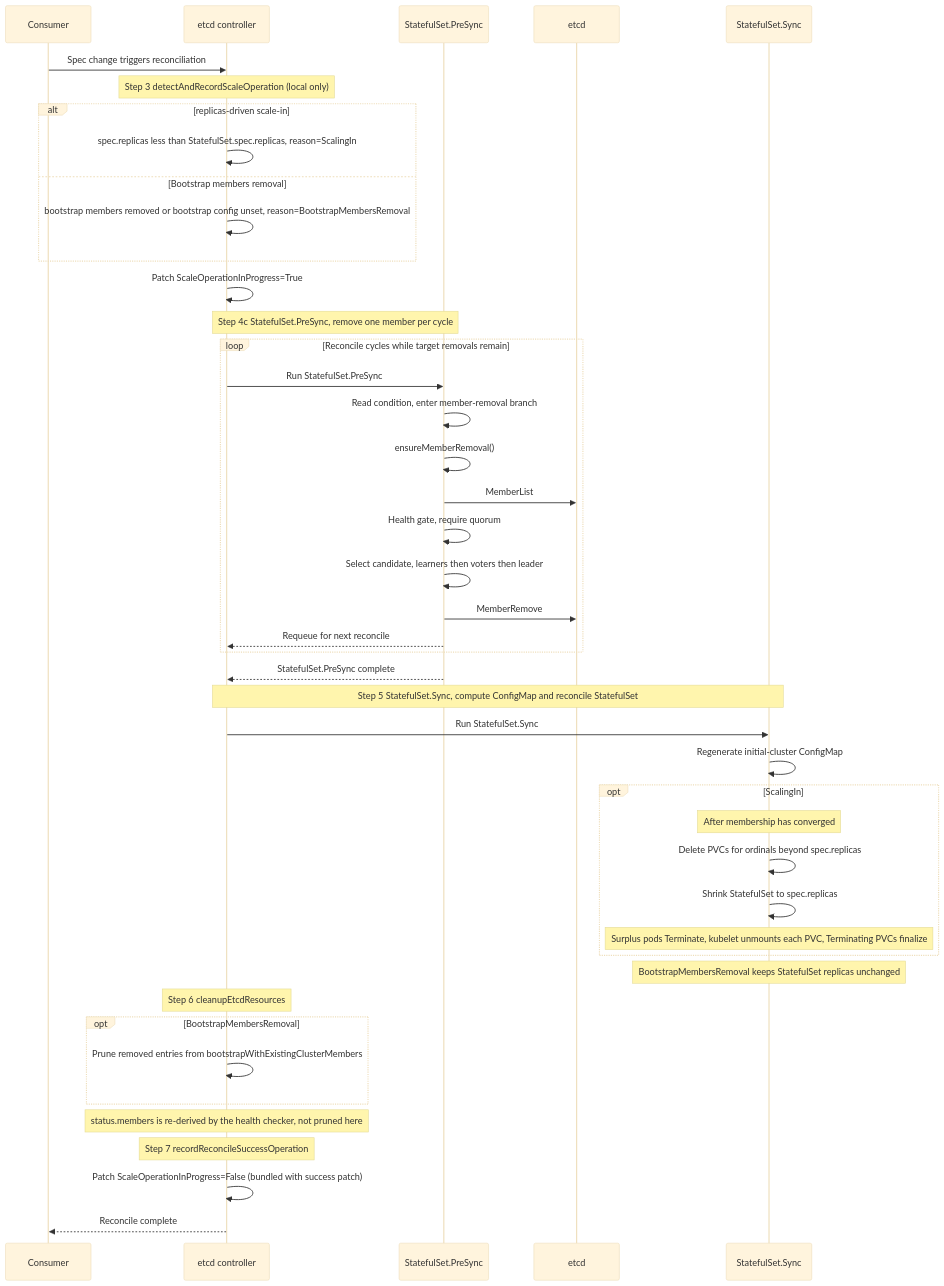
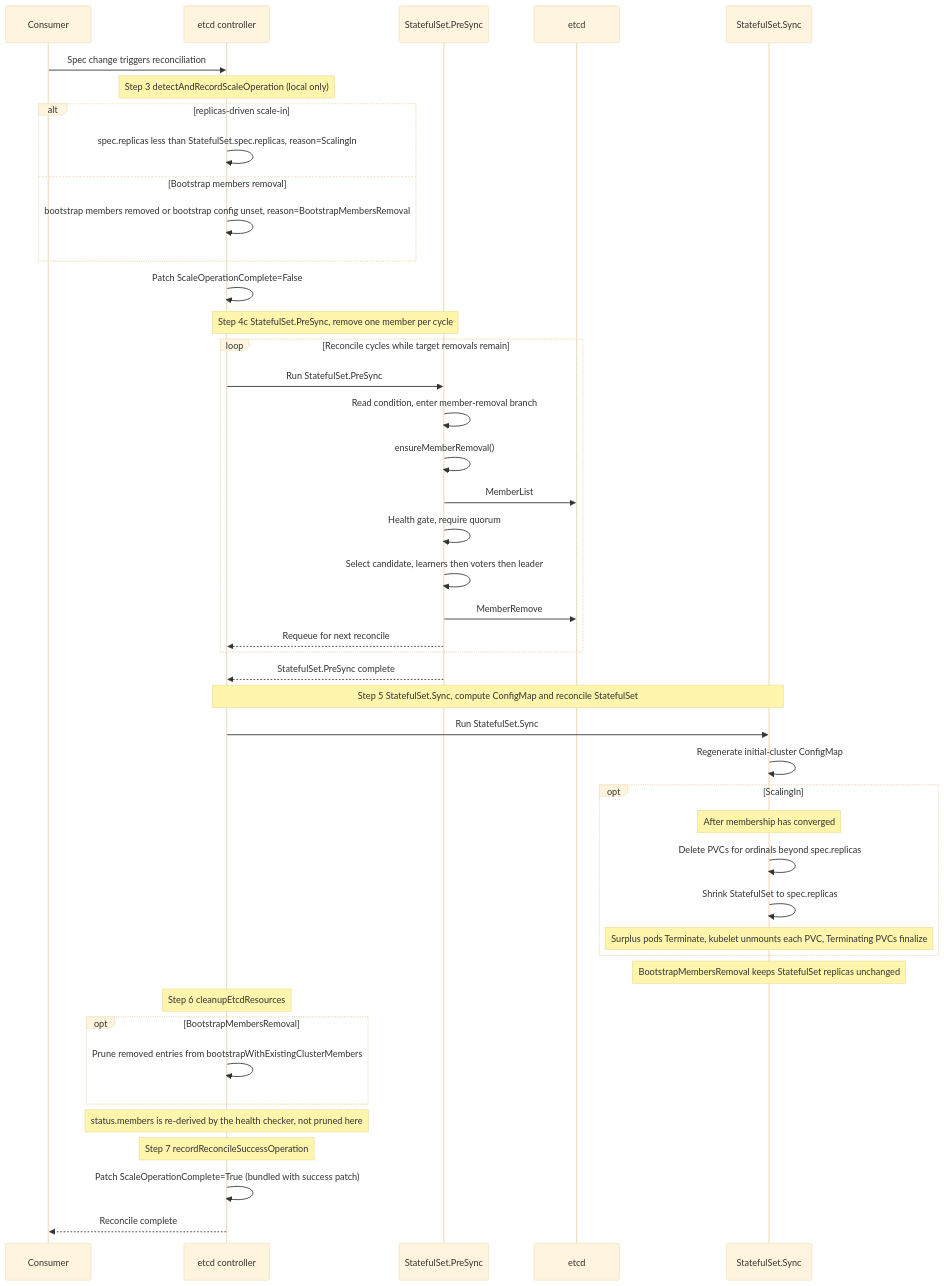
One commit to gardener/etcd-druid changed the first of 2 diagrams in docs/proposals/08-scale-in.md. Above: the diagram before and after it, drawn with Mermaid (base theme). The commit also changed other lines of this file and 53 other files, not shown here.

````diff
--- a/docs/proposals/08-scale-in.md
+++ b/docs/proposals/08-scale-in.md
@@ -187,52 +189,52 @@
 ```mermaid
 sequenceDiagram
     participant C as Consumer
     participant R as etcd controller
     participant P as StatefulSet.PreSync
     participant E as etcd
     participant S as StatefulSet.Sync
 
     C->>R: Spec change triggers reconciliation
 
     Note over R: Step 3 detectAndRecordScaleOperation (local only)
     alt replicas-driven scale-in
         R->>R: spec.replicas less than StatefulSet.spec.replicas, reason=ScalingIn
     else Bootstrap members removal
         R->>R: bootstrap members removed or bootstrap config unset, reason=BootstrapMembersRemoval
     end
-    R->>R: Patch ScaleOperationInProgress=True
+    R->>R: Patch ScaleOperationComplete=False
 
     Note over R,P: Step 4c StatefulSet.PreSync, remove one member per cycle
     loop Reconcile cycles while target removals remain
         R->>P: Run StatefulSet.PreSync
         P->>P: Read condition, enter member-removal branch
         P->>P: ensureMemberRemoval()
         P->>E: MemberList
         P->>P: Health gate, require quorum
         P->>P: Select candidate, learners then voters then leader
         P->>E: MemberRemove
         P-->>R: Requeue for next reconcile
     end
     P-->>R: StatefulSet.PreSync complete
 
     Note over R,S: Step 5 StatefulSet.Sync, compute ConfigMap and reconcile StatefulSet
     R->>S: Run StatefulSet.Sync
     S->>S: Regenerate initial-cluster ConfigMap
     opt ScalingIn
         Note over S: After membership has converged
         S->>S: Delete PVCs for ordinals beyond spec.replicas
         S->>S: Shrink StatefulSet to spec.replicas
         Note over S: Surplus pods Terminate, kubelet unmounts each PVC, Terminating PVCs finalize
     end
     Note over S: BootstrapMembersRemoval keeps StatefulSet replicas unchanged
 
     Note over R: Step 6 cleanupEtcdResources
     opt BootstrapMembersRemoval
         R->>R: Prune removed entries from bootstrapWithExistingClusterMembers
     end
     Note over R: status.members is re-derived by the health checker, not pruned here
 
     Note over R: Step 7 recordReconcileSuccessOperation
-    R->>R: Patch ScaleOperationInProgress=False (bundled with success patch)
+    R->>R: Patch ScaleOperationComplete=True (bundled with success patch)
     R-->>C: Reconcile complete
 ```
````
